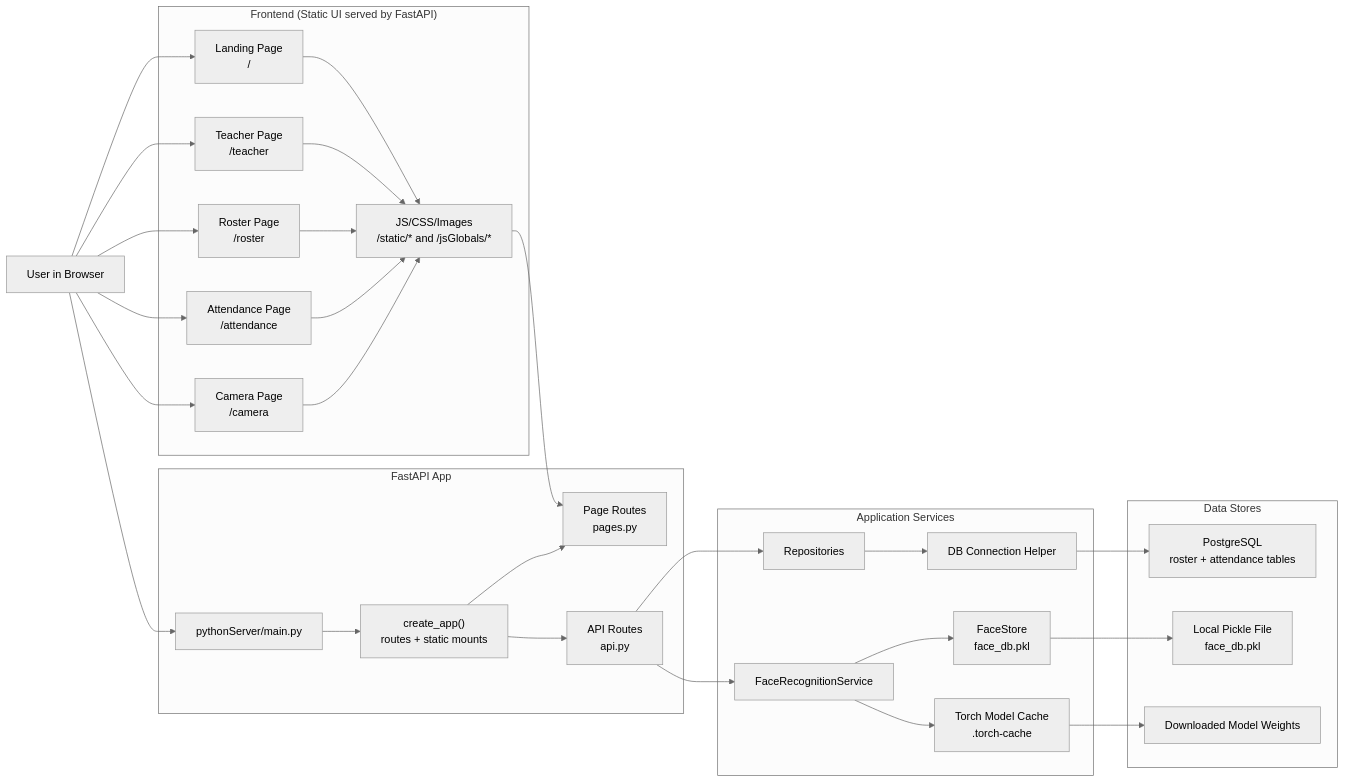
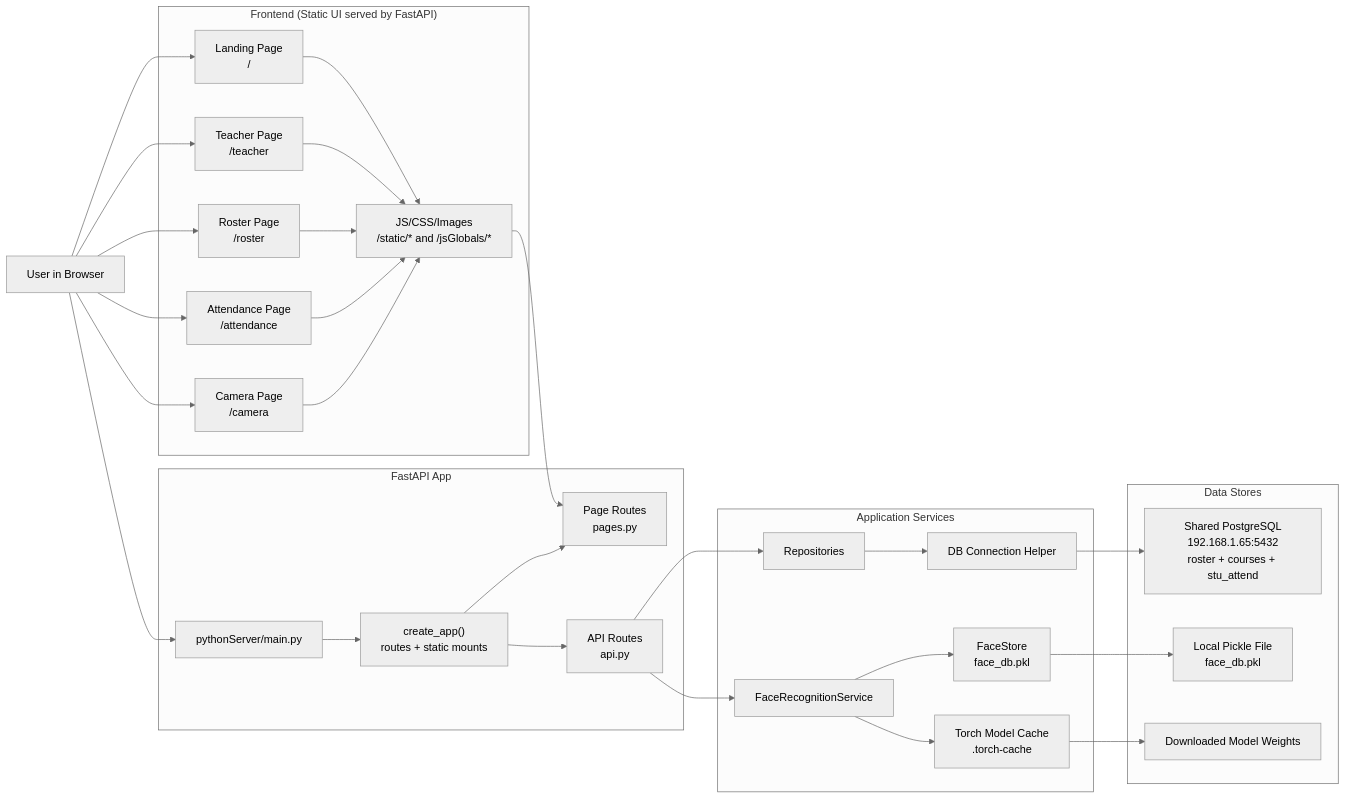
One commit to jcsurratt/dev-attend-version2 changed the first of 2 diagrams in topology-diagram.md. Above: the diagram before and after it, drawn with Mermaid (neutral theme). The commit also changed other lines of this file and 6 other files, not shown here.

````diff
--- a/topology-diagram.md
+++ b/topology-diagram.md
@@ -7,63 +7,63 @@
 ```mermaid
 flowchart LR
     User["User in Browser"]
 
     subgraph Frontend["Frontend (Static UI served by FastAPI)"]
         Landing["Landing Page<br/>/"]
         Teacher["Teacher Page<br/>/teacher"]
         Roster["Roster Page<br/>/roster"]
         Attendance["Attendance Page<br/>/attendance"]
         Camera["Camera Page<br/>/camera"]
         StaticAssets["JS/CSS/Images<br/>/static/* and /jsGlobals/*"]
     end
 
     subgraph Backend["FastAPI App"]
         Main["pythonServer/main.py"]
         AppFactory["create_app()<br/>routes + static mounts"]
         PageRoutes["Page Routes<br/>pages.py"]
         ApiRoutes["API Routes<br/>api.py"]
     end
 
     subgraph Services["Application Services"]
         FaceService["FaceRecognitionService"]
         FaceStore["FaceStore<br/>face_db.pkl"]
         TorchCache["Torch Model Cache<br/>.torch-cache"]
         Repos["Repositories"]
         DBConn["DB Connection Helper"]
     end
 
     subgraph Data["Data Stores"]
-        Postgres["PostgreSQL<br/>roster + attendance tables"]
+        Postgres["Shared PostgreSQL<br/>192.168.1.65:5432<br/>roster + courses + stu_attend"]
         FaceDbFile["Local Pickle File<br/>face_db.pkl"]
         ModelFiles["Downloaded Model Weights"]
     end
 
     User --> Landing
     User --> Teacher
     User --> Roster
     User --> Attendance
     User --> Camera
 
     Landing --> StaticAssets
     Teacher --> StaticAssets
     Roster --> StaticAssets
     Attendance --> StaticAssets
     Camera --> StaticAssets
 
     StaticAssets --> PageRoutes
     User --> Main
     Main --> AppFactory
     AppFactory --> PageRoutes
     AppFactory --> ApiRoutes
 
     ApiRoutes --> Repos
     ApiRoutes --> FaceService
 
     Repos --> DBConn
     DBConn --> Postgres
 
     FaceService --> FaceStore
     FaceService --> TorchCache
     FaceStore --> FaceDbFile
     TorchCache --> ModelFiles
 ```
````
